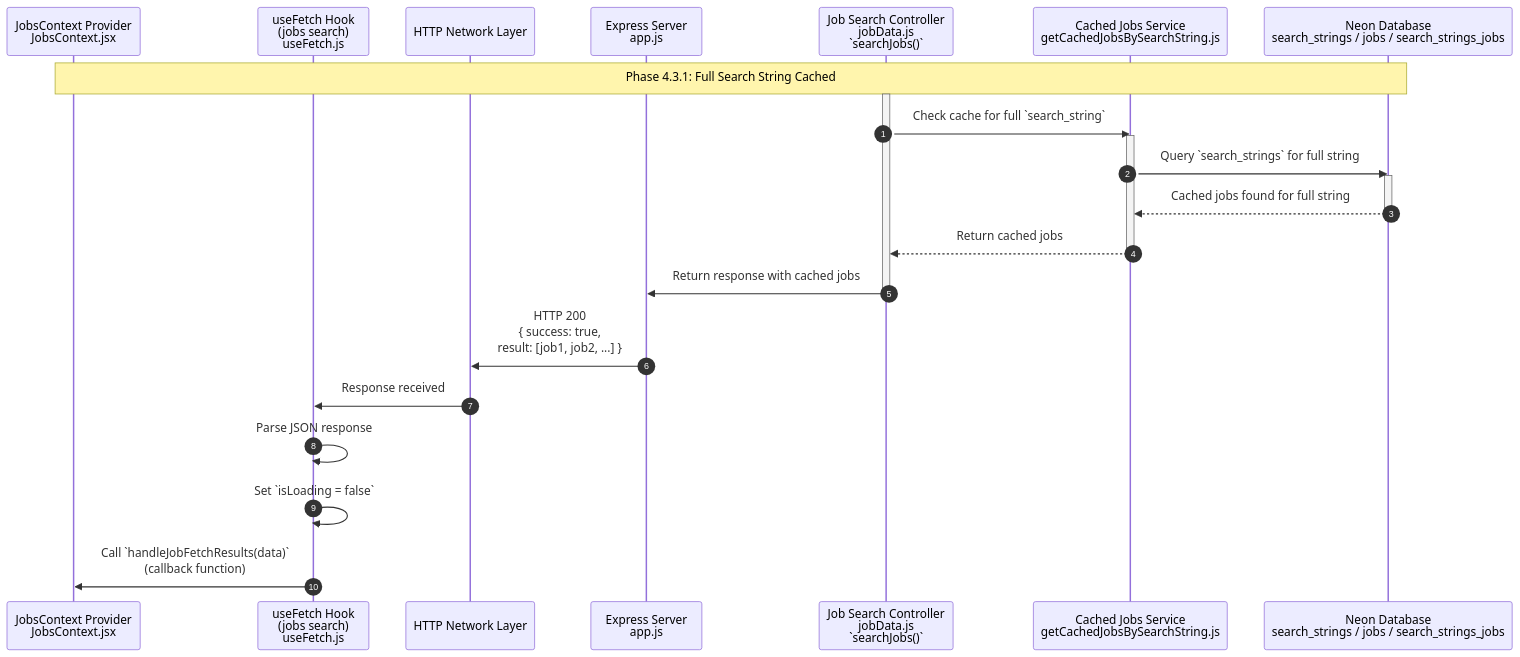
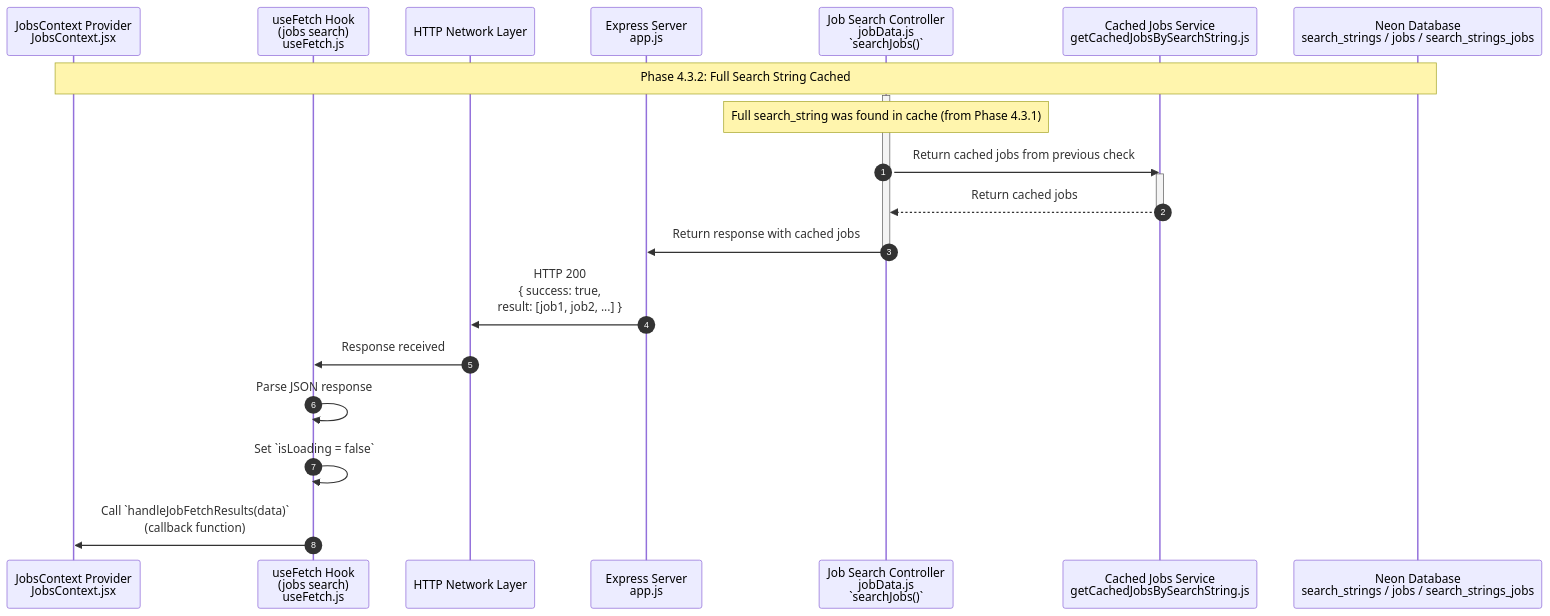
One commit to YahyaAl-Ademi/2025.10.23-JobCompass changed the diagram in documentation/jobFetch/4.3.2.Full Search String Cached.md. Above: the diagram before and after it, drawn with Mermaid. The commit also changed 1 other file, not shown here.

Commit message:
Update phase notes in job fetch documentation to reflect caching logic changes

````diff
--- a/documentation/jobFetch/4.3.2.Full Search String Cached.md
+++ b/documentation/jobFetch/4.3.2.Full Search String Cached.md
@@ -7,37 +7,34 @@
 ```mermaid
 sequenceDiagram
     autonumber
     %% File paths:
     %% JobsContext: client/src/context/JobsContext.jsx
     %% useFetch: client/src/hooks/useFetch.js
     %% ExpressApp: server/src/app.js
     %% JobController: server/src/controllers/jobData.js
     %% CachedJobsService: server/src/services/getCachedJobsBySearchString.js
     %% NeonDB: Neon Database
     participant JobsContext as JobsContext Provider<br/>JobsContext.jsx
     participant useFetch_1 as useFetch Hook<br/>(jobs search)<br/>useFetch.js
     participant FrontendNetwork as HTTP Network Layer
     participant ExpressApp as Express Server<br/>app.js
     participant JobController as Job Search Controller<br/>jobData.js<br/>`searchJobs()`
     participant CachedJobsService as Cached Jobs Service<br/>getCachedJobsBySearchString.js
     participant NeonDB as Neon Database<br/>search_strings / jobs / search_strings_jobs
 
-    Note over JobsContext,NeonDB: Phase 4.3.1: Full Search String Cached
+    Note over JobsContext,NeonDB: Phase 4.3.2: Full Search String Cached
     activate JobController
 
-    JobController->>CachedJobsService: Check cache for full `search_string`
+    Note over JobController: Full search_string was found in cache (from Phase 4.3.1)
+    JobController->>CachedJobsService: Return cached jobs from previous check
     activate CachedJobsService
-    CachedJobsService->>NeonDB: Query `search_strings` for full string
-    activate NeonDB
-    NeonDB-->>CachedJobsService: Cached jobs found for full string
-    deactivate NeonDB
     CachedJobsService-->>JobController: Return cached jobs
     deactivate CachedJobsService
     JobController->>ExpressApp: Return response with cached jobs
     deactivate JobController
     ExpressApp->>FrontendNetwork: HTTP 200<br/>{ success: true,<br/>  result: [job1, job2, ...] }
     FrontendNetwork->>useFetch_1: Response received
     useFetch_1->>useFetch_1: Parse JSON response
     useFetch_1->>useFetch_1: Set `isLoading = false`
     useFetch_1->>JobsContext: Call `handleJobFetchResults(data)`<br/>(callback function)
 ```
````
